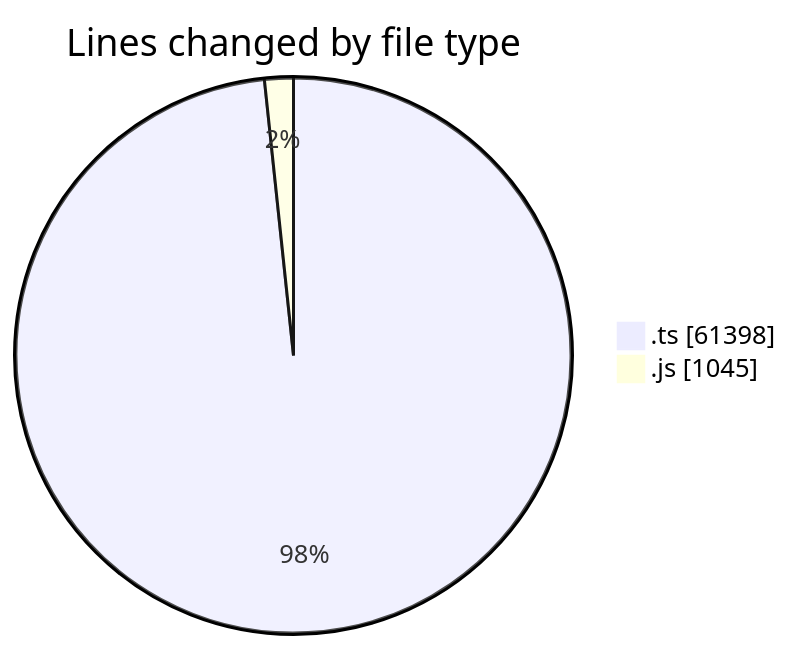
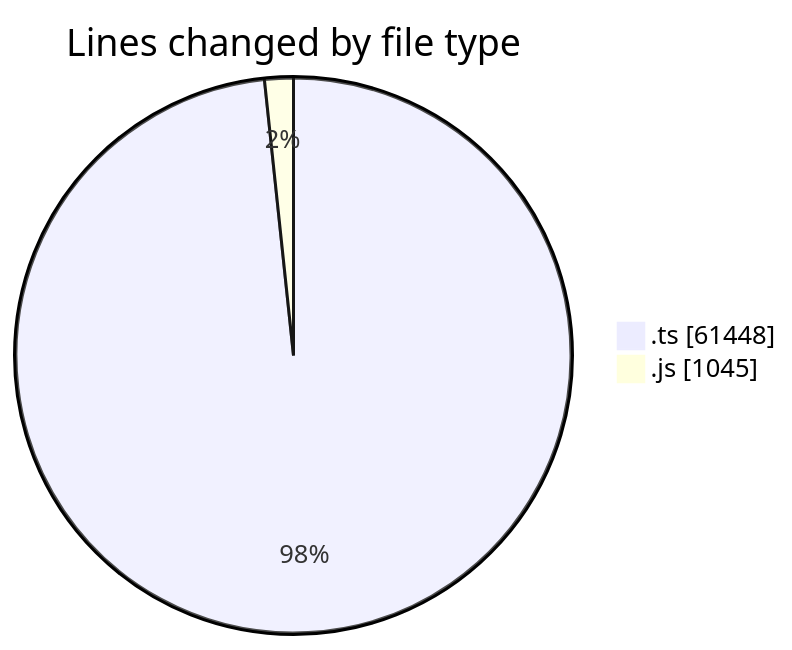
One commit to momahboobian/code-tracking changed the first of 2 diagrams in 2025-09-29/cda/README.md. Above: the diagram before and after it, drawn with Mermaid. The commit also changed other lines of this file and 1 other file, not shown here.

````diff
--- a/2025-09-29/cda/README.md
+++ b/2025-09-29/cda/README.md
@@ -27,6 +27,6 @@
 ```mermaid
 pie showData
 title Lines changed by file type
-".ts" : 61398
+".ts" : 61448
 ".js" : 1045
 ```
````
